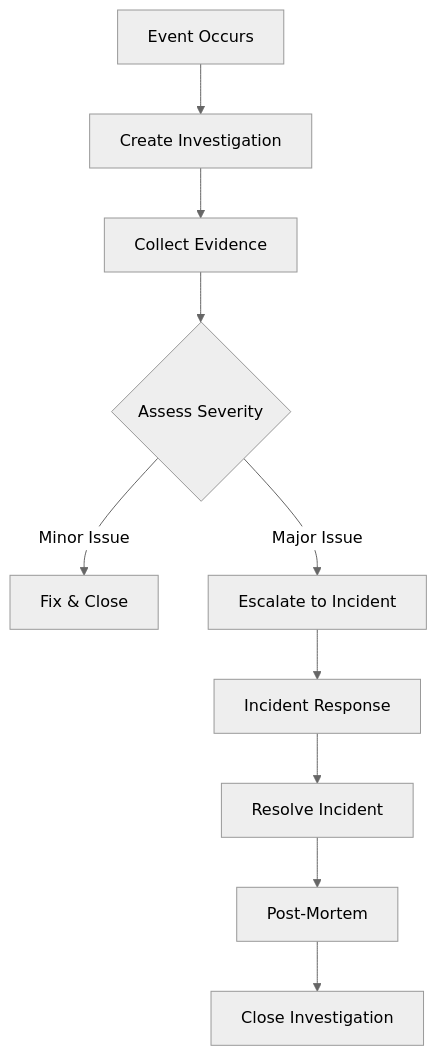
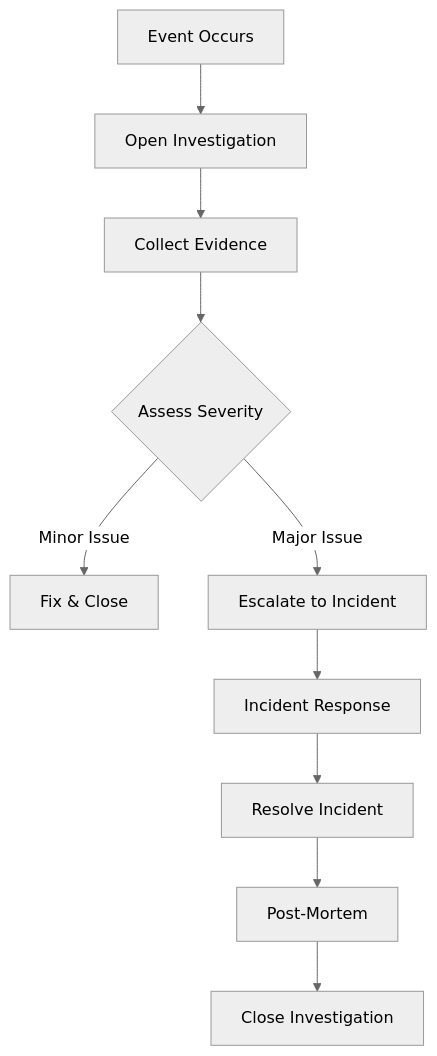
Before and after one commit to agrieser/case: the diagram in README.md, drawn with Mermaid (neutral theme). The commit also changed other lines of this file and 15 other files, not shown here.

````diff
--- a/README.md
+++ b/README.md
@@ -165,14 +165,14 @@
 ```mermaid
 flowchart TD
-    A[Event Occurs] --> B[Create Investigation]
+    A[Event Occurs] --> B[Open Investigation]
     B --> C[Collect Evidence]
     C --> D{Assess Severity}
 
     D -->|Minor Issue| E[Fix & Close]
     D -->|Major Issue| F[Escalate to Incident]
 
     F --> G[Incident Response]
     G --> H[Resolve Incident]
     H --> I[Post-Mortem]
     I --> J[Close Investigation]
 ```
````
